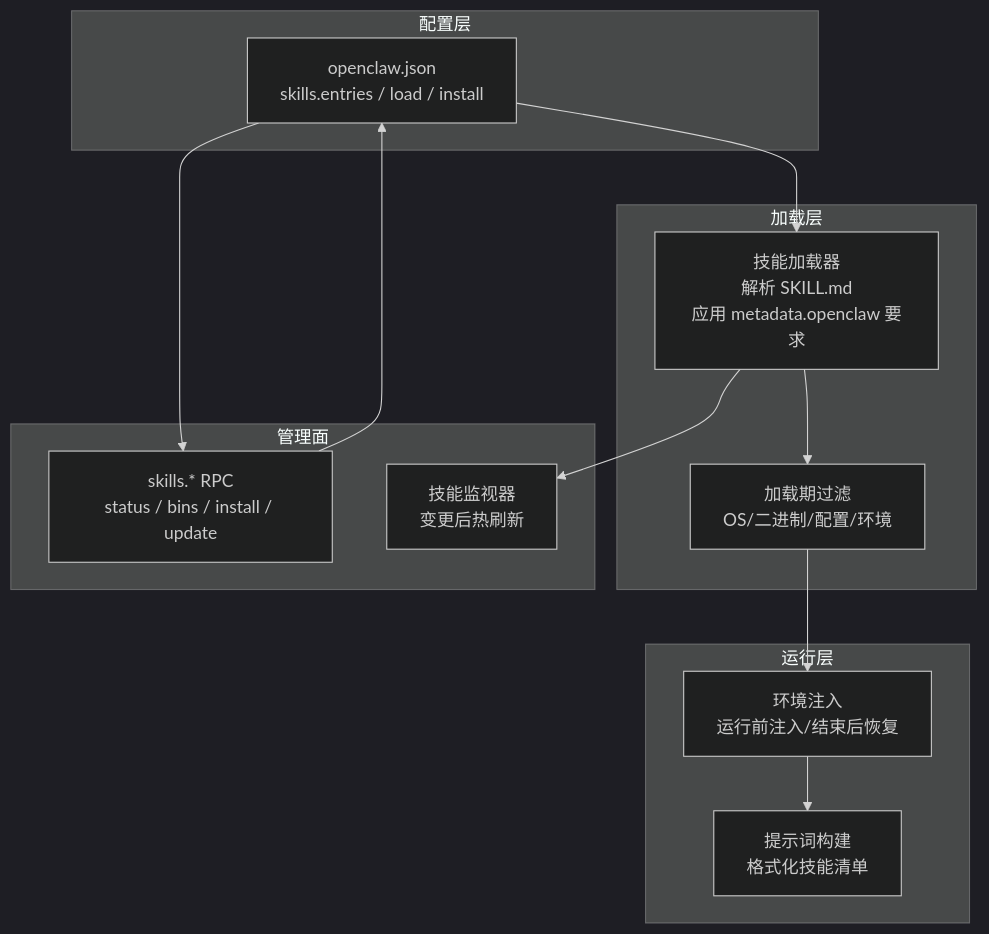
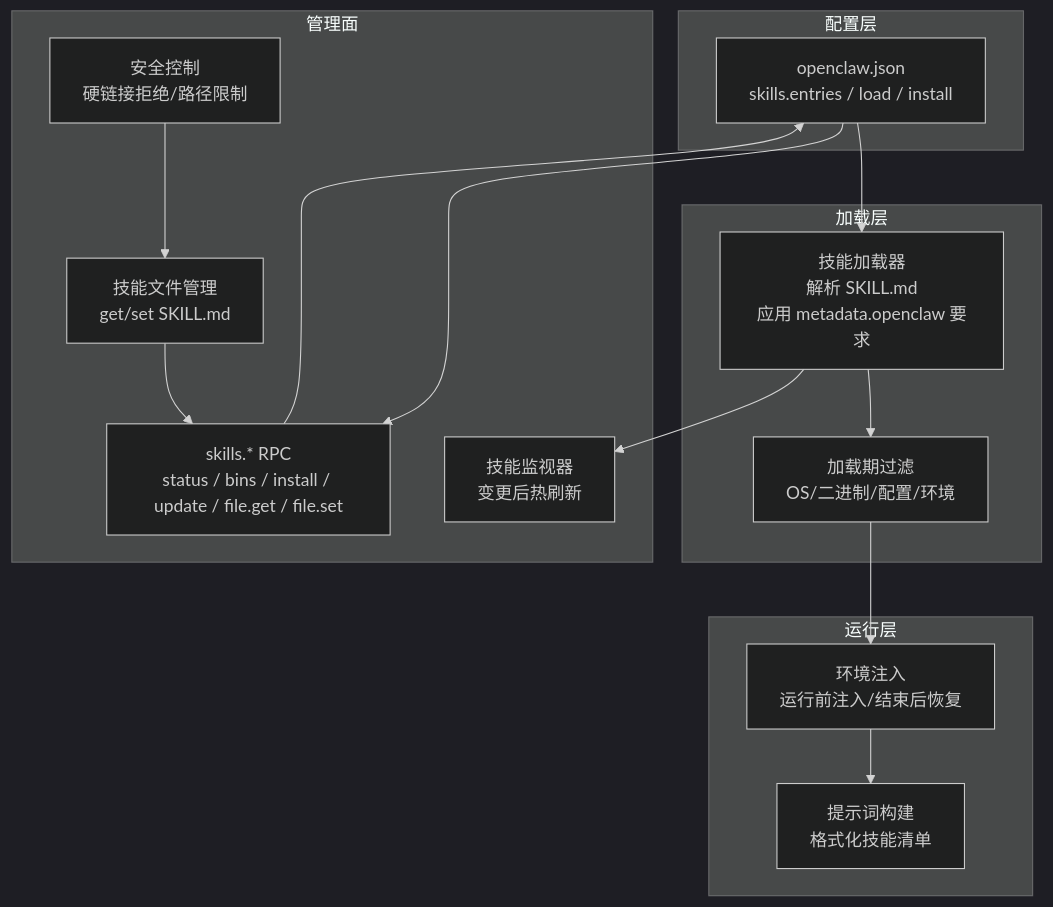
Before and after one commit to verse-ai-org/openclaw: the second of 4 diagrams in .qoder/repowiki/zh/content/技能平台/技能平台.md, drawn with Mermaid (dark theme). The commit also changed other lines of this file and 41 other files, not shown here.

````diff
--- a/.qoder/repowiki/zh/content/技能平台/技能平台.md
+++ b/.qoder/repowiki/zh/content/技能平台/技能平台.md
@@ -76,23 +98,27 @@
 ```mermaid
 graph TB
 subgraph "配置层"
 CFG["openclaw.json<br/>skills.entries / load / install"]
 end
 subgraph "加载层"
 LOADER["技能加载器<br/>解析 SKILL.md<br/>应用 metadata.openclaw 要求"]
 FILTER["加载期过滤<br/>OS/二进制/配置/环境"]
 end
 subgraph "运行层"
 ENV["环境注入<br/>运行前注入/结束后恢复"]
 PROMPT["提示词构建<br/>格式化技能清单"]
 end
 subgraph "管理面"
-RPC["skills.* RPC<br/>status / bins / install / update"]
+RPC["skills.* RPC<br/>status / bins / install / update / file.get / file.set"]
 WATCH["技能监视器<br/>变更后热刷新"]
+SECURITY["安全控制<br/>硬链接拒绝/路径限制"]
+FILEMGR["技能文件管理<br/>get/set SKILL.md"]
 end
 CFG --> LOADER --> FILTER --> ENV
 ENV --> PROMPT
 CFG --> RPC
 LOADER --> WATCH
 RPC --> CFG
+FILEMGR --> RPC
+SECURITY --> FILEMGR
 ```
````
